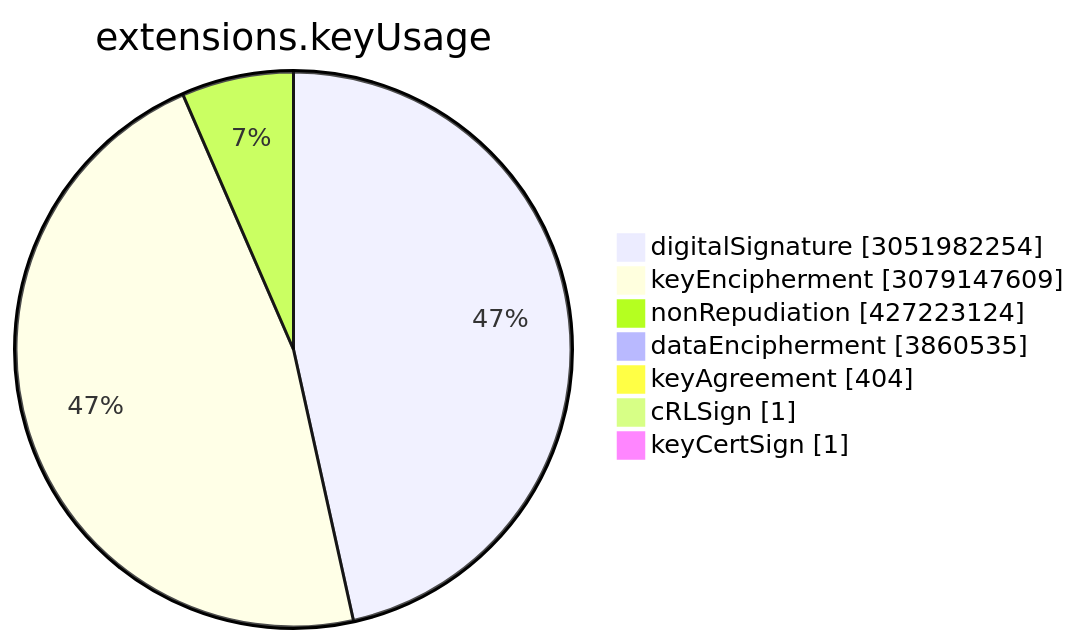
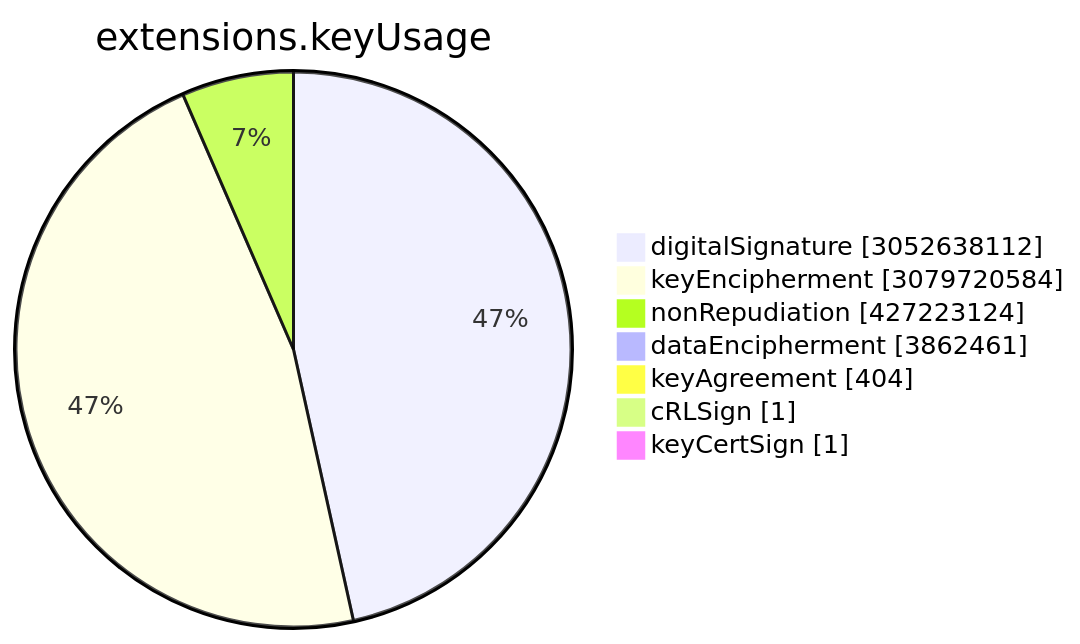
The sixth of 15 diagrams in TOTAL/README.md (christiankrug/ctmonitor_visualization), drawn with Mermaid before and after one commit. The commit also changed other lines of this file, not shown here.

````diff
--- a/TOTAL/README.md
+++ b/TOTAL/README.md
@@ -3077,11 +3077,11 @@
 ```mermaid
 pie showData
 title extensions.keyUsage
-"digitalSignature" :3051982254
-"keyEncipherment" :3079147609
+"digitalSignature" :3052638112
+"keyEncipherment" :3079720584
 "nonRepudiation" :427223124
-"dataEncipherment" :3860535
+"dataEncipherment" :3862461
 "keyAgreement" :404
 "cRLSign" :1
 "keyCertSign" :1
 ```
````
